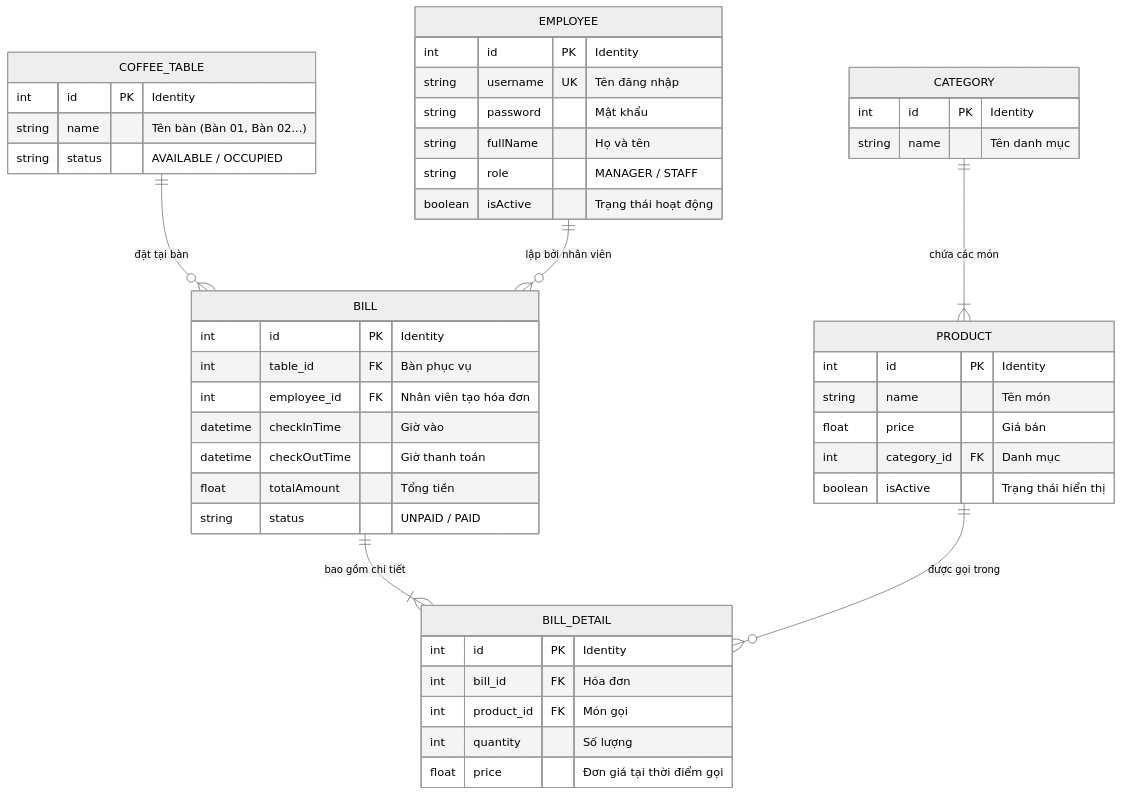
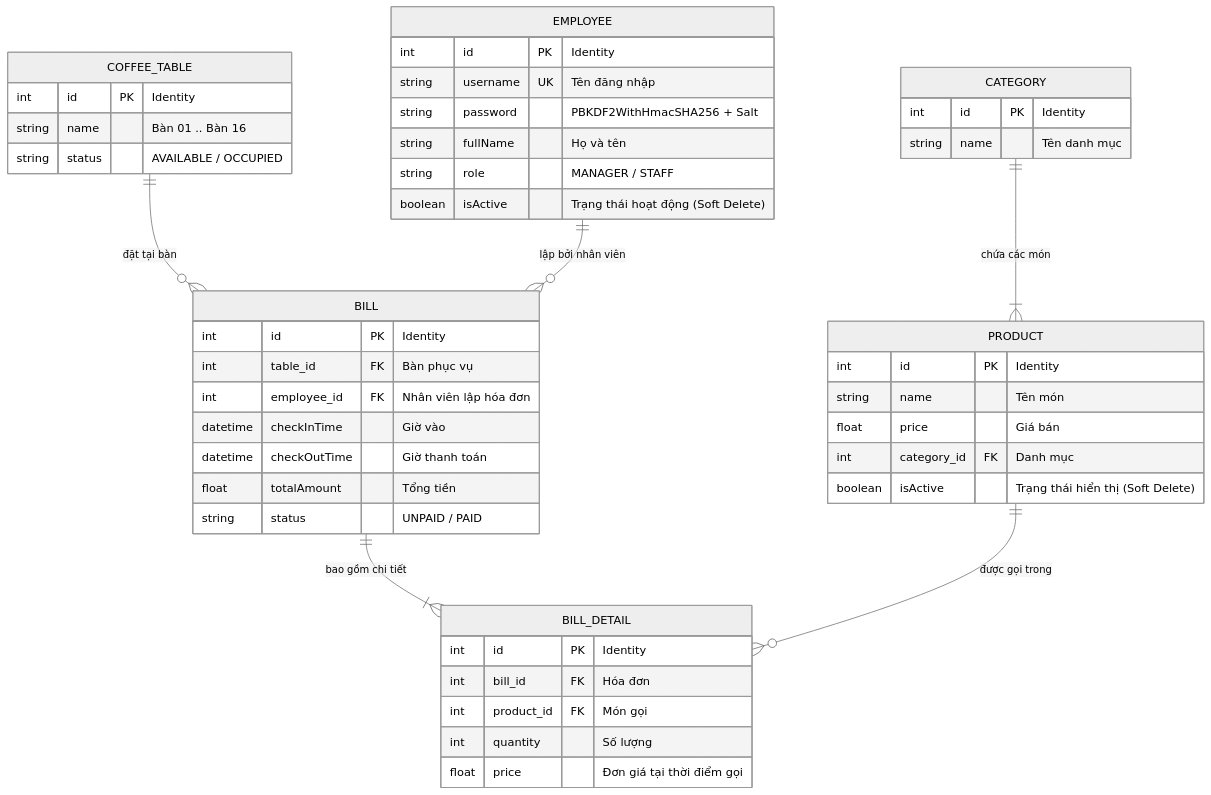
One commit to congnam9e-code/Coffee-Management-Distributed-Programming changed the third of 3 diagrams in README.md. Above: the diagram before and after it, drawn with Mermaid (neutral theme). The commit also changed other lines of this file and 76 other files, not shown here.

Commit message:
Update server/client distributed architecture, real-time sync, and updated slides

````diff
--- a/README.md
+++ b/README.md
@@ -80,49 +113,49 @@
 ```mermaid
 erDiagram
     EMPLOYEE {
         int id PK "Identity"
         string username UK "Tên đăng nhập"
-        string password "Mật khẩu"
+        string password "PBKDF2WithHmacSHA256 + Salt"
         string fullName "Họ và tên"
         string role "MANAGER / STAFF"
-        boolean isActive "Trạng thái hoạt động"
+        boolean isActive "Trạng thái hoạt động (Soft Delete)"
     }
     CATEGORY {
         int id PK "Identity"
         string name "Tên danh mục"
     }
     PRODUCT {
         int id PK "Identity"
         string name "Tên món"
         float price "Giá bán"
         int category_id FK "Danh mục"
-        boolean isActive "Trạng thái hiển thị"
+        boolean isActive "Trạng thái hiển thị (Soft Delete)"
     }
     COFFEE_TABLE {
         int id PK "Identity"
-        string name "Tên bàn (Bàn 01, Bàn 02...)"
+        string name "Bàn 01 .. Bàn 16"
         string status "AVAILABLE / OCCUPIED"
     }
     BILL {
         int id PK "Identity"
         int table_id FK "Bàn phục vụ"
-        int employee_id FK "Nhân viên tạo hóa đơn"
+        int employee_id FK "Nhân viên lập hóa đơn"
         datetime checkInTime "Giờ vào"
         datetime checkOutTime "Giờ thanh toán"
         float totalAmount "Tổng tiền"
         string status "UNPAID / PAID"
     }
     BILL_DETAIL {
         int id PK "Identity"
         int bill_id FK "Hóa đơn"
         int product_id FK "Món gọi"
         int quantity "Số lượng"
         float price "Đơn giá tại thời điểm gọi"
     }
 
     CATEGORY ||--|{ PRODUCT : "chứa các món"
     COFFEE_TABLE ||--o{ BILL : "đặt tại bàn"
     EMPLOYEE ||--o{ BILL : "lập bởi nhân viên"
     BILL ||--|{ BILL_DETAIL : "bao gồm chi tiết"
     PRODUCT ||--o{ BILL_DETAIL : "được gọi trong"
 ```
````
